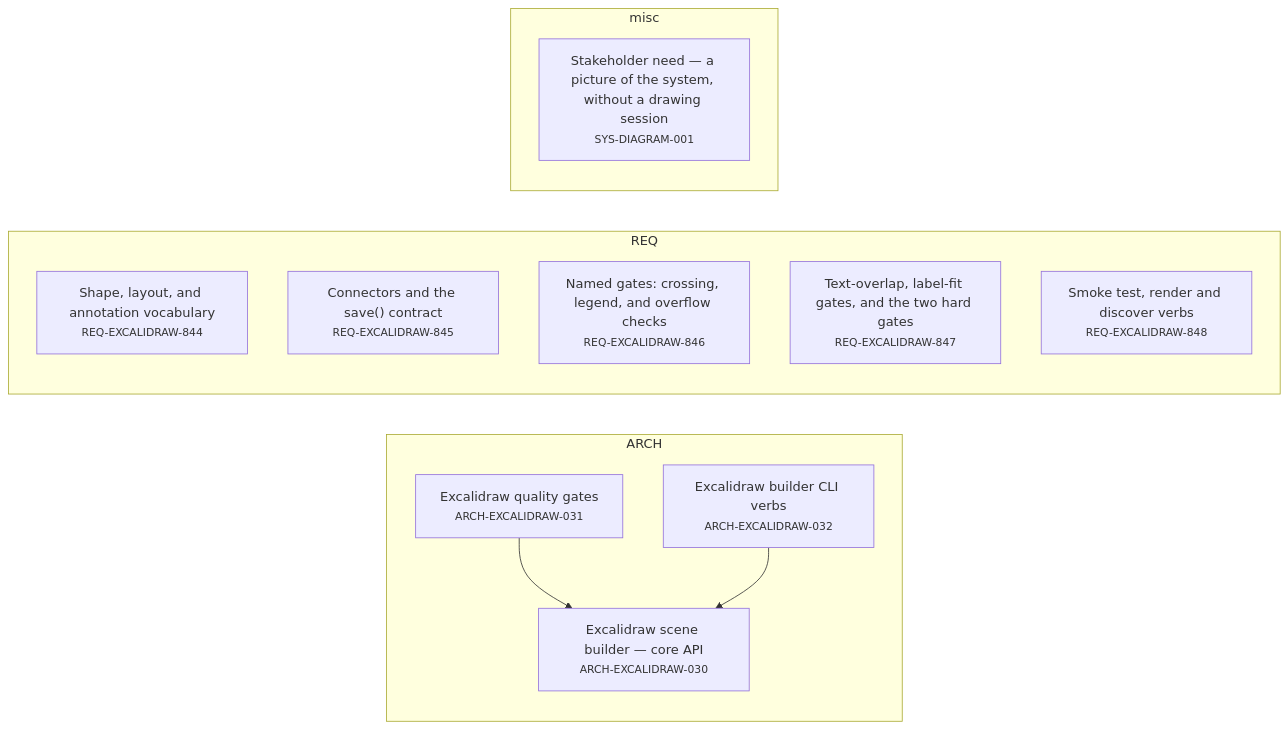
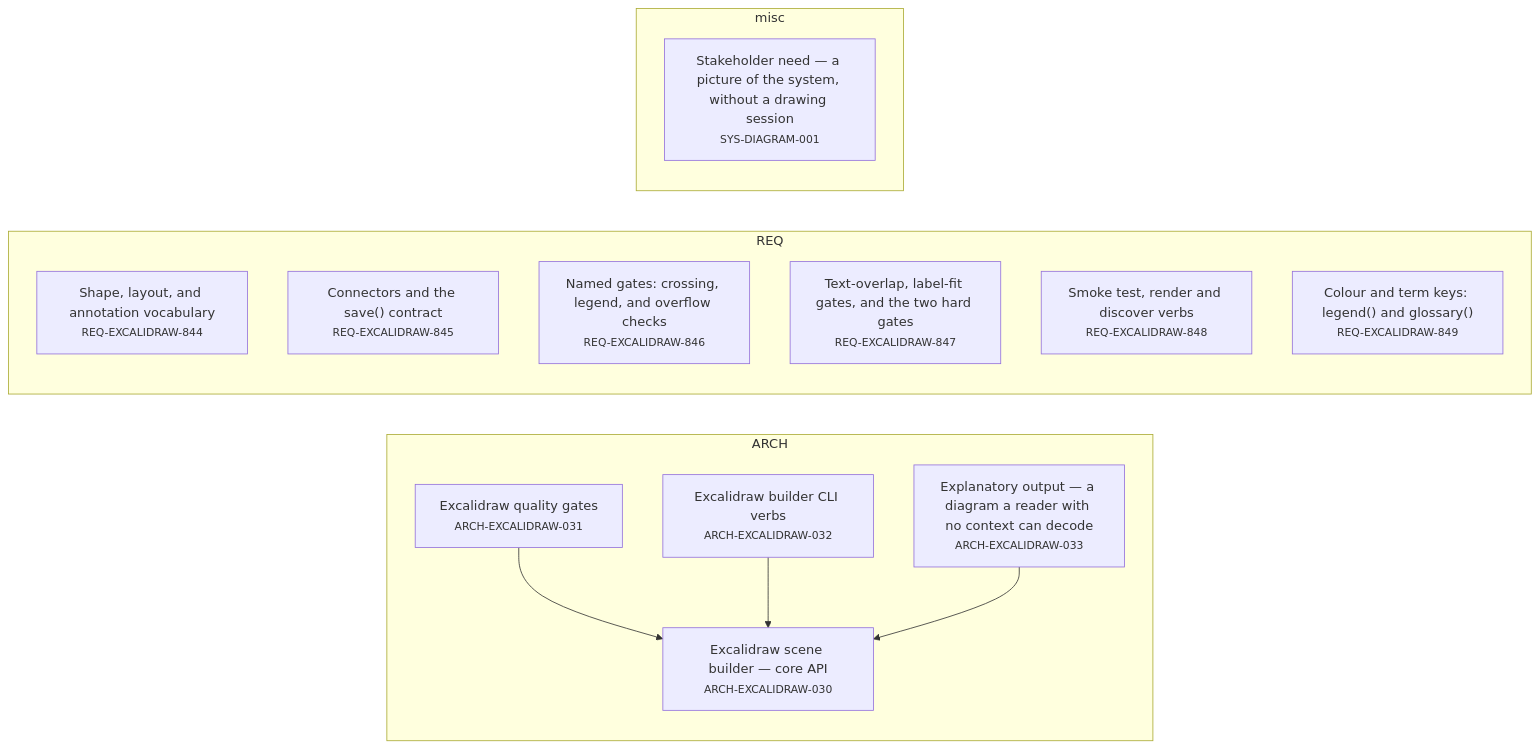
The second of 5 diagrams in plugin/requirements/_map.md (alxmax/excalidraw-diagram), drawn with Mermaid before and after one commit. The commit also changed other lines of this file and 18 other files, not shown here.

````diff
--- a/plugin/requirements/_map.md
+++ b/plugin/requirements/_map.md
@@ -31,20 +33,23 @@
 ```mermaid
 graph LR
   subgraph sg_ARCH["ARCH"]
     ARCH_EXCALIDRAW_030["Excalidraw scene builder — core API<br><small>ARCH-EXCALIDRAW-030</small>"]
     ARCH_EXCALIDRAW_031["Excalidraw quality gates<br><small>ARCH-EXCALIDRAW-031</small>"]
     ARCH_EXCALIDRAW_032["Excalidraw builder CLI verbs<br><small>ARCH-EXCALIDRAW-032</small>"]
+    ARCH_EXCALIDRAW_033["Explanatory output — a diagram a reader with no context can decode<br><small>ARCH-EXCALIDRAW-033</small>"]
   end
   subgraph sg_REQ["REQ"]
     REQ_EXCALIDRAW_844["Shape, layout, and annotation vocabulary<br><small>REQ-EXCALIDRAW-844</small>"]
     REQ_EXCALIDRAW_845["Connectors and the save() contract<br><small>REQ-EXCALIDRAW-845</small>"]
     REQ_EXCALIDRAW_846["Named gates: crossing, legend, and overflow checks<br><small>REQ-EXCALIDRAW-846</small>"]
     REQ_EXCALIDRAW_847["Text-overlap, label-fit gates, and the two hard gates<br><small>REQ-EXCALIDRAW-847</small>"]
     REQ_EXCALIDRAW_848["Smoke test, render and discover verbs<br><small>REQ-EXCALIDRAW-848</small>"]
+    REQ_EXCALIDRAW_849["Colour and term keys: legend() and glossary()<br><small>REQ-EXCALIDRAW-849</small>"]
   end
   subgraph sg_misc["misc"]
     SYS_DIAGRAM_001["Stakeholder need — a picture of the system, without a drawing session<br><small>SYS-DIAGRAM-001</small>"]
   end
   ARCH_EXCALIDRAW_031 --> ARCH_EXCALIDRAW_030
   ARCH_EXCALIDRAW_032 --> ARCH_EXCALIDRAW_030
+  ARCH_EXCALIDRAW_033 --> ARCH_EXCALIDRAW_030
 ```
````
